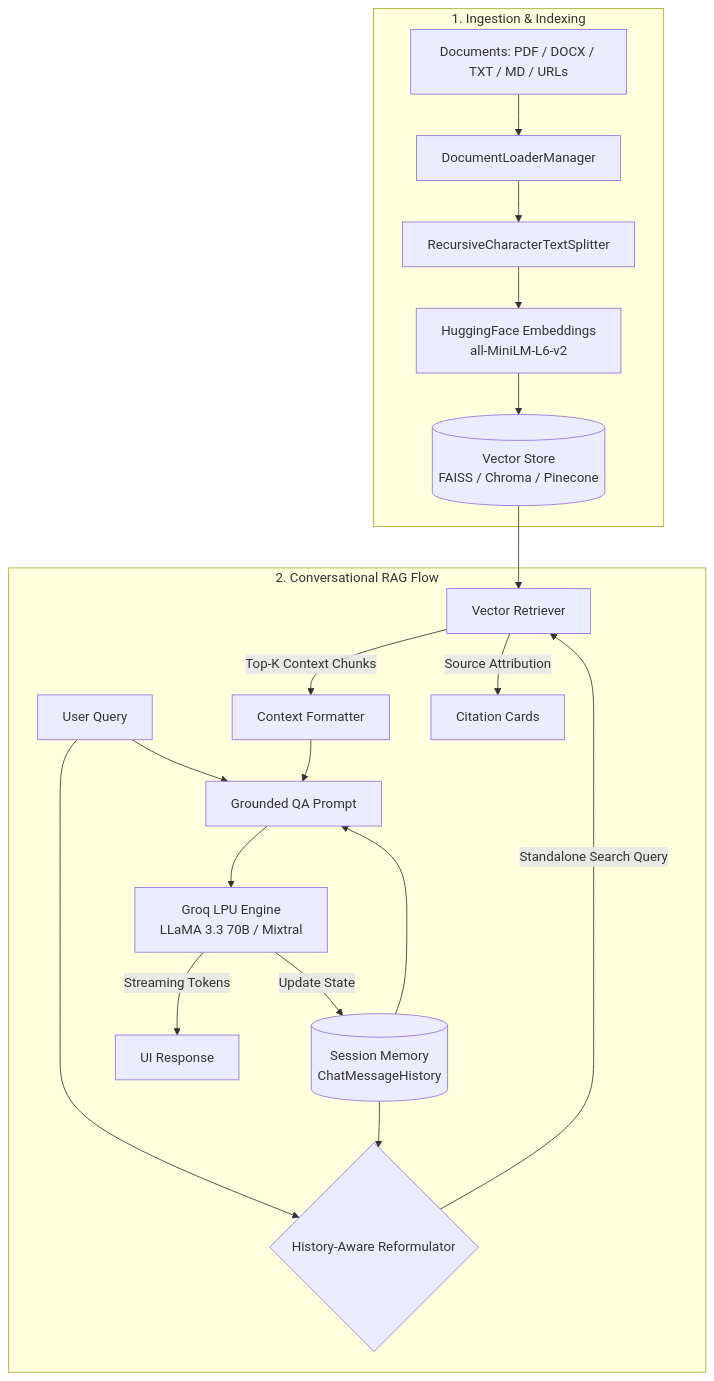
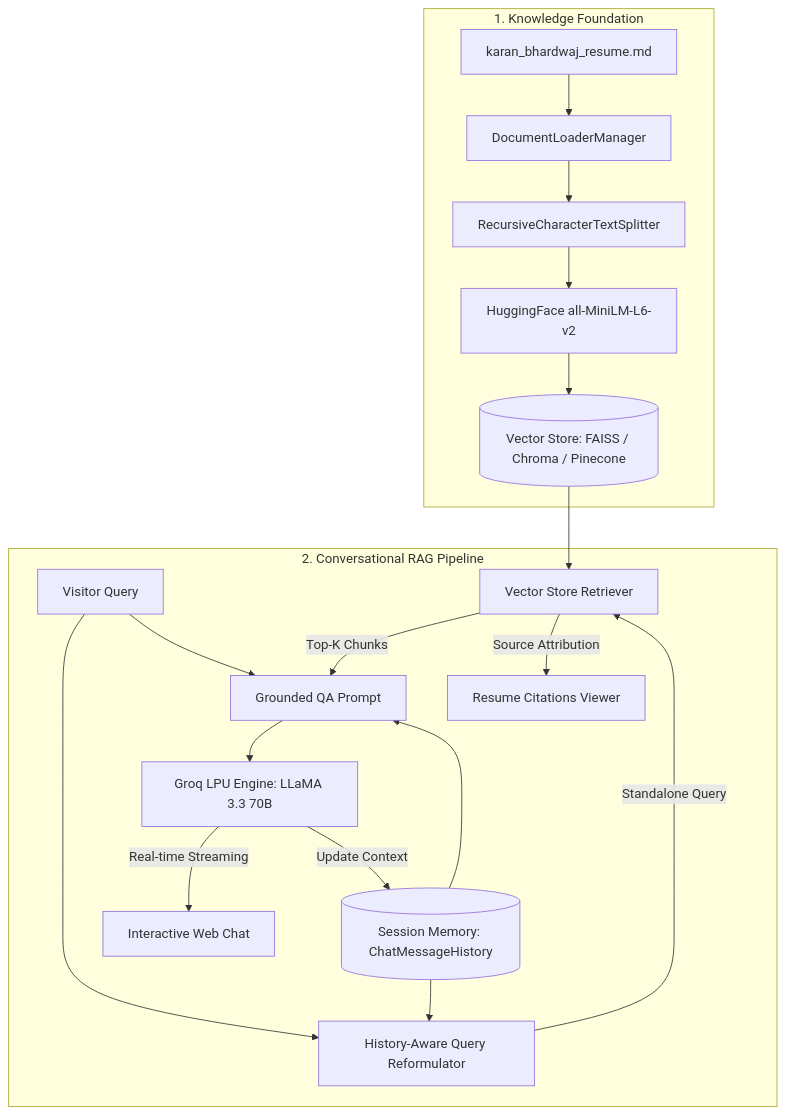
Before and after one commit to karanOnGit/LangChainBasic: the diagram in README.md, drawn with Mermaid. The commit also changed other lines of this file and 5 other files, not shown here.

Commit message:
Add Karan Bhardwaj signature and set official resume as default RAG knowledge base

````diff
--- a/README.md
+++ b/README.md
@@ -39,24 +37,23 @@
 ```mermaid
 flowchart TD
-    subgraph Ingestion["1. Ingestion & Indexing"]
-        A[Documents: PDF / DOCX / TXT / MD / URLs] --> B[DocumentLoaderManager]
-        B --> C[RecursiveCharacterTextSplitter]
-        C --> D[HuggingFace Embeddings<br/>all-MiniLM-L6-v2]
-        D --> E[(Vector Store<br/>FAISS / Chroma / Pinecone)]
+    subgraph Data["1. Knowledge Foundation"]
+        KB[karan_bhardwaj_resume.md] --> Loader[DocumentLoaderManager]
+        Loader --> Splitter[RecursiveCharacterTextSplitter]
+        Splitter --> Embeddings[HuggingFace all-MiniLM-L6-v2]
+        Embeddings --> VS[(Vector Store: FAISS / Chroma / Pinecone)]
     end
 
-    subgraph RAG["2. Conversational RAG Flow"]
-        U[User Query] --> F{History-Aware Reformulator}
-        M[(Session Memory<br/>ChatMessageHistory)] --> F
-        F -->|Standalone Search Query| G[Vector Retriever]
-        E --> G
-        G -->|Top-K Context Chunks| H[Context Formatter]
-        H --> I[Grounded QA Prompt]
-        M --> I
-        U --> I
-        I --> J[Groq LPU Engine<br/>LLaMA 3.3 70B / Mixtral]
-        J -->|Streaming Tokens| K[UI Response]
-        J -->|Update State| M
-        G -->|Source Attribution| L[Citation Cards]
+    subgraph RAG["2. Conversational RAG Pipeline"]
+        Visitor[Visitor Query] --> HistoryAware[History-Aware Query Reformulator]
+        Mem[(Session Memory: ChatMessageHistory)] --> HistoryAware
+        HistoryAware -->|Standalone Query| Ret[Vector Store Retriever]
+        VS --> Ret
+        Ret -->|Top-K Chunks| Prompt[Grounded QA Prompt]
+        Mem --> Prompt
+        Visitor --> Prompt
+        Prompt --> Groq[Groq LPU Engine: LLaMA 3.3 70B]
+        Groq -->|Real-time Streaming| Answer[Interactive Web Chat]
+        Groq -->|Update Context| Mem
+        Ret -->|Source Attribution| Citations[Resume Citations Viewer]
     end
 ```
````
